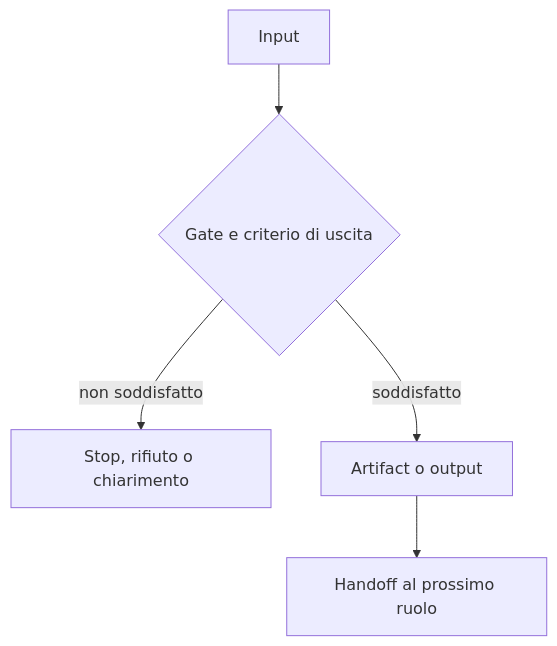
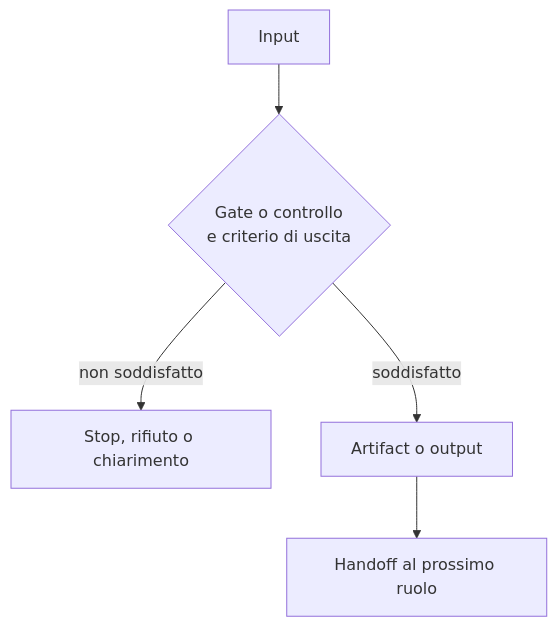
One commit to violabg/agentic-system-lessons changed the diagram in role-maps/README.md. Above: the diagram before and after it, drawn with Mermaid. The commit also changed other lines of this file and 39 other files, not shown here.

````diff
--- a/role-maps/README.md
+++ b/role-maps/README.md
@@ -13,7 +13,7 @@
 ```mermaid
 flowchart TD
-	Input[Input] --> Gate{Gate e criterio di uscita}
-	Gate -->|non soddisfatto| Stop[Stop, rifiuto o chiarimento]
-	Gate -->|soddisfatto| Artifact[Artifact o output]
+	Input[Input] --> Check{Gate o controllo<br/>e criterio di uscita}
+	Check -->|non soddisfatto| Stop[Stop, rifiuto o chiarimento]
+	Check -->|soddisfatto| Artifact[Artifact o output]
 	Artifact --> Handoff[Handoff al prossimo ruolo]
 ```
````
